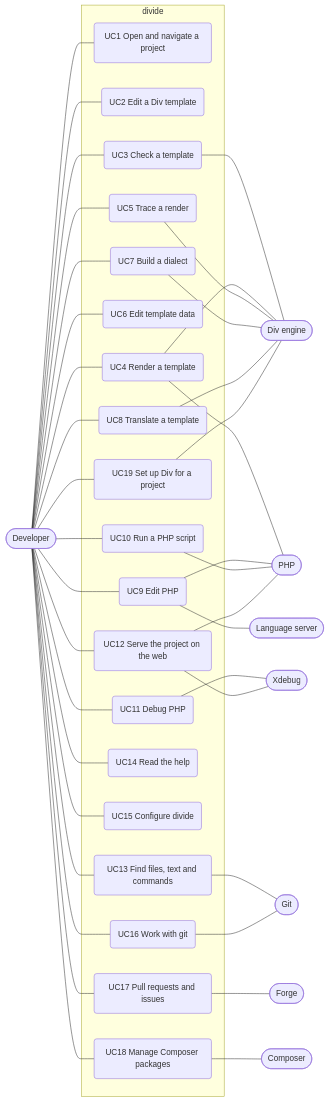
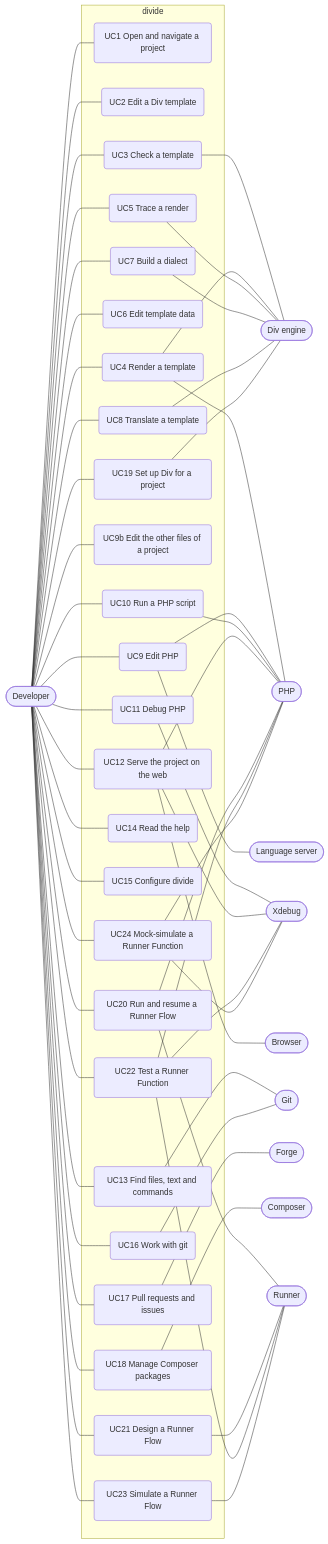
One commit to divengine/divide changed the diagram in docs/use-case-model.md. Above: the diagram before and after it, drawn with Mermaid. The commit also changed other lines of this file, not shown here.

````diff
--- a/docs/use-case-model.md
+++ b/docs/use-case-model.md
@@ -27,50 +28,69 @@
 ```mermaid
 flowchart LR
     Dev([Developer])
     Div([Div engine])
     PHP([PHP])
     XD([Xdebug])
     LS([Language server])
     Git([Git])
     Forge([Forge])
     Comp([Composer])
+    Br([Browser])
+    Run([Runner])
     subgraph divide
         UC1(UC1 Open and navigate a project)
         UC2(UC2 Edit a Div template)
         UC3(UC3 Check a template)
         UC4(UC4 Render a template)
         UC5(UC5 Trace a render)
         UC6(UC6 Edit template data)
         UC7(UC7 Build a dialect)
         UC8(UC8 Translate a template)
         UC9(UC9 Edit PHP)
+        UC9b(UC9b Edit the other files of a project)
         UC10(UC10 Run a PHP script)
         UC11(UC11 Debug PHP)
         UC12(UC12 Serve the project on the web)
         UC13(UC13 Find files, text and commands)
         UC14(UC14 Read the help)
         UC15(UC15 Configure divide)
         UC16(UC16 Work with git)
         UC17(UC17 Pull requests and issues)
         UC18(UC18 Manage Composer packages)
         UC19(UC19 Set up Div for a project)
+        UC20(UC20 Run and resume a Runner Flow)
+        UC21(UC21 Design a Runner Flow)
+        UC22(UC22 Test a Runner Function)
+        UC23(UC23 Simulate a Runner Flow)
+        UC24(UC24 Mock-simulate a Runner Function)
     end
     Dev --- UC1 & UC2 & UC3 & UC4 & UC5 & UC6 & UC7 & UC8 & UC9 & UC10 & UC11 & UC12 & UC13 & UC14 & UC15 & UC16 & UC17 & UC18 & UC19
+    Dev --- UC9b & UC20 & UC21 & UC22 & UC23 & UC24
     UC3 --- Div
     UC4 --- Div
     UC5 --- Div
     UC7 --- Div
     UC8 --- Div
     UC4 --- PHP
     UC9 --- PHP
     UC9 --- LS
     UC10 --- PHP
     UC11 --- XD
     UC12 --- PHP
     UC12 --- XD
     UC13 --- Git
     UC16 --- Git
     UC17 --- Forge
     UC18 --- Comp
     UC19 --- Div
+    UC12 --- Br
+    UC20 --- Run
+    UC20 --- PHP
+    UC21 --- Run
+    UC22 --- Run
+    UC22 --- PHP
+    UC22 --- XD
+    UC23 --- Run
+    UC24 --- PHP
+    UC24 --- XD
 ```
````
